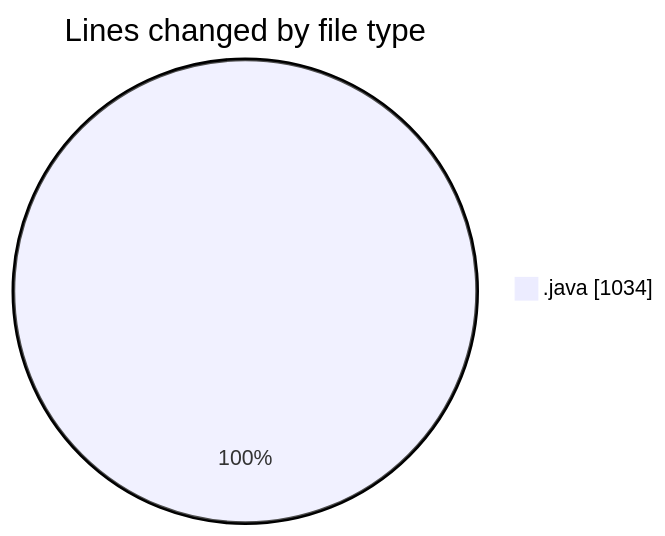
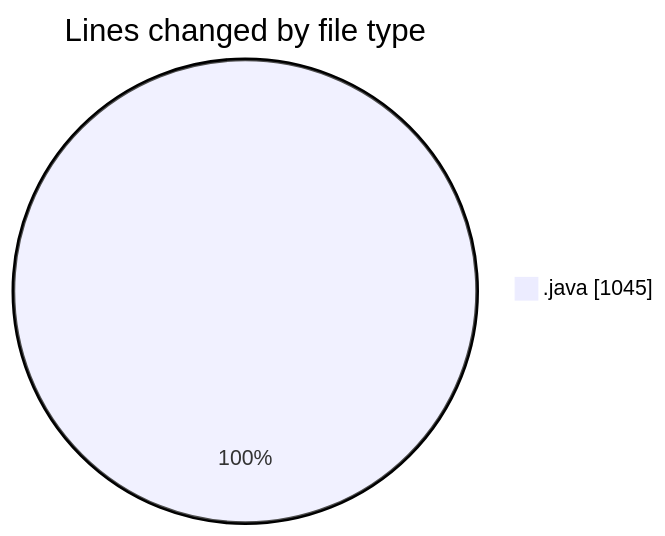
Before and after one commit to charlie-sans/code-tracking: the first of 2 diagrams in 2025-02-23/micros/README.md, drawn with Mermaid. The commit also changed other lines of this file and 1 other file, not shown here.

````diff
--- a/2025-02-23/micros/README.md
+++ b/2025-02-23/micros/README.md
@@ -22,5 +22,5 @@
 ```mermaid
 pie showData
 title Lines changed by file type
-".java" : 1034
+".java" : 1045
 ```
````
